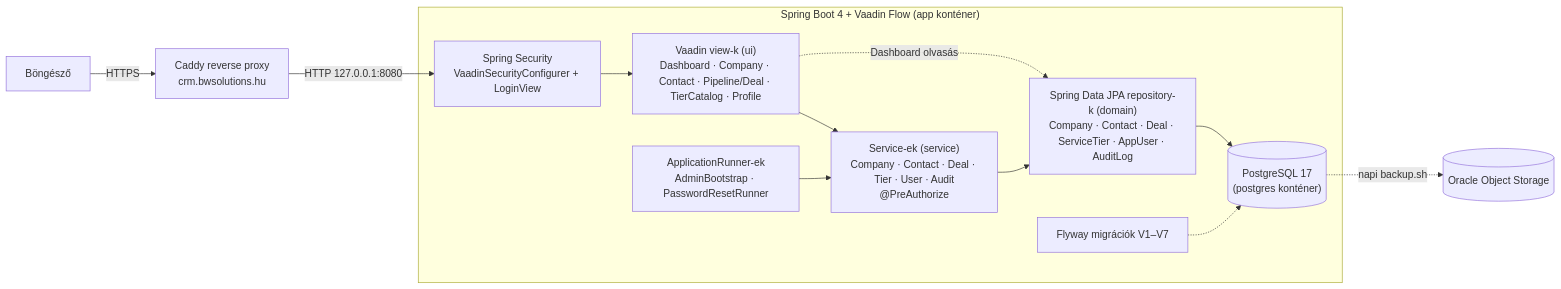
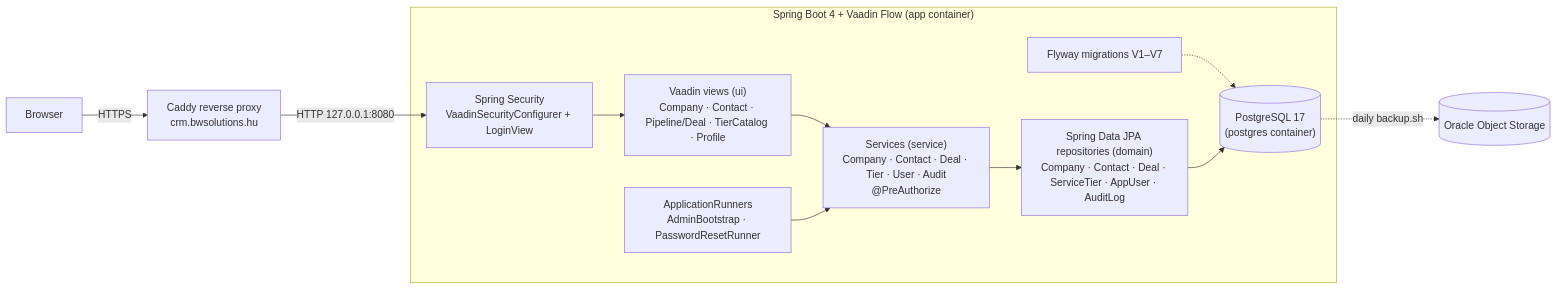
The first of 2 diagrams in README.md (sanymany12/bwcrm-showcase), drawn with Mermaid before and after one commit. The commit also changed other lines of this file, not shown here.

````diff
--- a/README.md
+++ b/README.md
@@ -56,18 +75,17 @@
 ```mermaid
 flowchart LR
-    Browser[Böngésző] -->|HTTPS| Caddy[Caddy reverse proxy<br/>crm.bwsolutions.hu]
+    Browser[Browser] -->|HTTPS| Caddy[Caddy reverse proxy<br/>crm.bwsolutions.hu]
     Caddy -->|HTTP 127.0.0.1:8080| Security
 
-    subgraph App["Spring Boot 4 + Vaadin Flow (app konténer)"]
+    subgraph App["Spring Boot 4 + Vaadin Flow (app container)"]
         Security["Spring Security<br/>VaadinSecurityConfigurer + LoginView"] --> Views
-        Views["Vaadin view-k (ui)<br/>Dashboard · Company · Contact · Pipeline/Deal · TierCatalog · Profile"]
-        Views --> Services["Service-ek (service)<br/>Company · Contact · Deal · Tier · User · Audit<br/>@PreAuthorize"]
-        Services --> Repos["Spring Data JPA repository-k (domain)<br/>Company · Contact · Deal · ServiceTier · AppUser · AuditLog"]
-        Views -.->|Dashboard olvasás| Repos
-        Runners["ApplicationRunner-ek<br/>AdminBootstrap · PasswordResetRunner"] --> Services
-        Flyway[Flyway migrációk V1–V7] -.-> DB
+        Views["Vaadin views (ui)<br/>Company · Contact · Pipeline/Deal · TierCatalog · Profile"]
+        Views --> Services["Services (service)<br/>Company · Contact · Deal · Tier · User · Audit<br/>@PreAuthorize"]
+        Services --> Repos["Spring Data JPA repositories (domain)<br/>Company · Contact · Deal · ServiceTier · AppUser · AuditLog"]
+        Runners["ApplicationRunners<br/>AdminBootstrap · PasswordResetRunner"] --> Services
+        Flyway[Flyway migrations V1–V7] -.-> DB
     end
 
-    Repos --> DB[("PostgreSQL 17<br/>(postgres konténer)")]
-    DB -.->|napi backup.sh| OOS[(Oracle Object Storage)]
+    Repos --> DB[("PostgreSQL 17<br/>(postgres container)")]
+    DB -.->|daily backup.sh| OOS[(Oracle Object Storage)]
 ```
````
